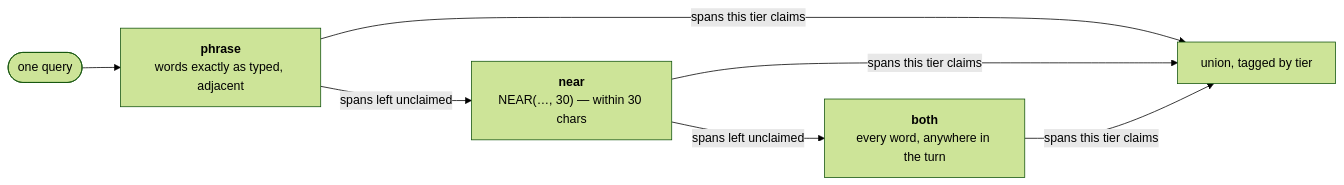
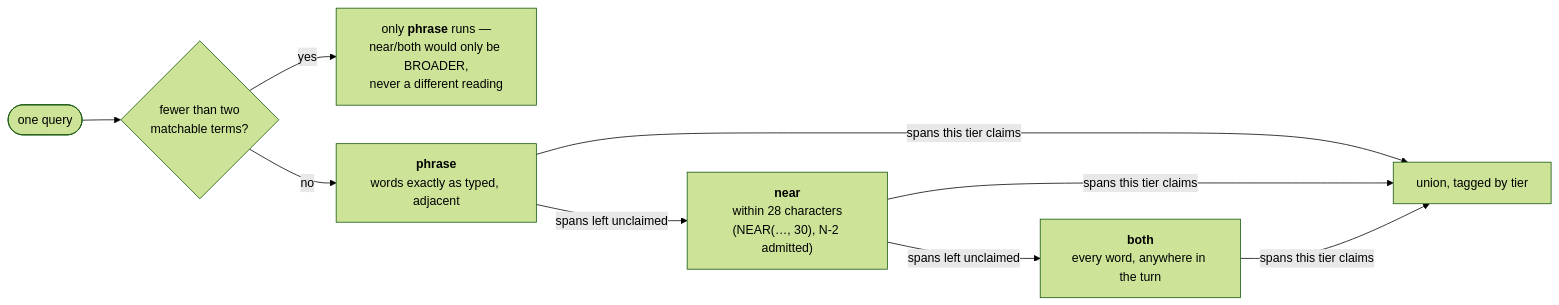
Before and after one commit to Dudi-Bar-On/my-context: the diagram in docs/capabilities/14-search-over-the-archive.md, drawn with Mermaid (forest theme). The commit also changed other lines of this file and 24 other files, not shown here.

First line of the commit message:
the fence that had been shipping as a mermaid error box, and twenty-seven claims that were only wrong

````diff
--- a/docs/capabilities/14-search-over-the-archive.md
+++ b/docs/capabilities/14-search-over-the-archive.md
@@ -37,9 +47,11 @@
 ```mermaid
 flowchart LR
-  Q(["one query"]) --> P["<b>phrase</b><br/>words exactly as typed, adjacent"]
+  Q(["one query"]) --> N2{"fewer than two<br/>matchable terms?"}
+  N2 -->|"yes"| PONLY["only <b>phrase</b> runs —<br/>near/both would only be BROADER,<br/>never a different reading"]
+  N2 -->|"no"| P["<b>phrase</b><br/>words exactly as typed, adjacent"]
   P -->|"spans this tier claims"| U["union, tagged by tier"]
-  P -->|"spans left unclaimed"| N["<b>near</b><br/>NEAR(…, 30) — within 30 chars"]
+  P -->|"spans left unclaimed"| N["<b>near</b><br/>within 28 characters<br/>(NEAR(…, 30), N-2 admitted)"]
   N -->|"spans this tier claims"| U
   N -->|"spans left unclaimed"| B["<b>both</b><br/>every word, anywhere in the turn"]
   B -->|"spans this tier claims"| U
 ```
````
